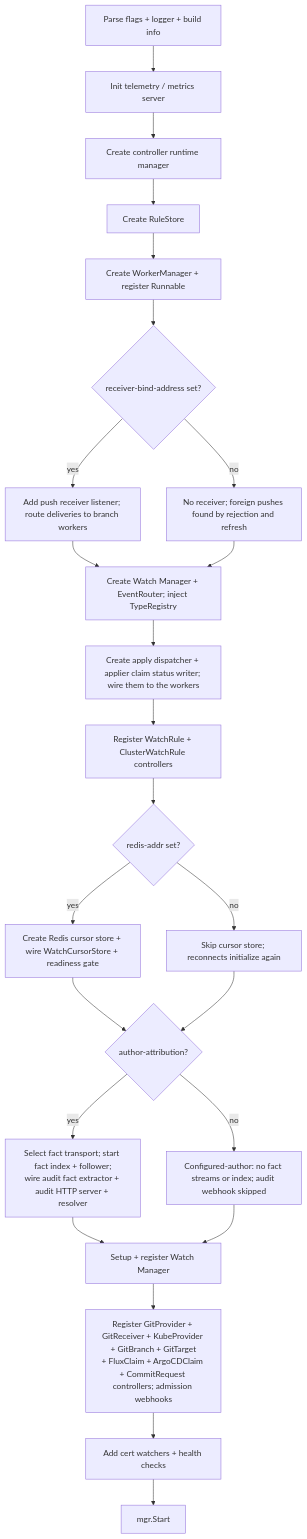
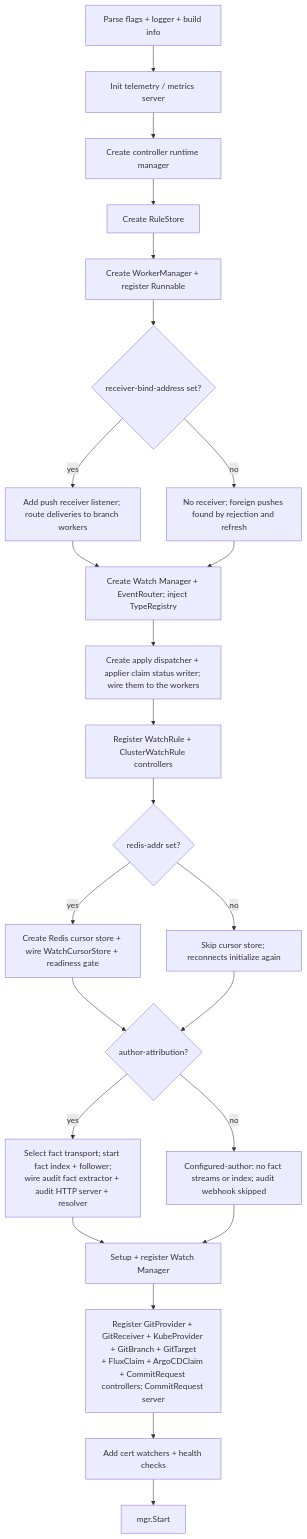
Before and after one commit to ConfigButler/gitops-reverser: the sixth of 6 diagrams in docs/architecture.md, drawn with Mermaid. The commit also changed other lines of this file and 168 other files, not shown here.

First line of the commit message:
feat!: one CommitRequest for the control cluster and source clusters, the applier's catch-up after saves, and late applier writes kept in the apply window (#456)

````diff
--- a/docs/architecture.md
+++ b/docs/architecture.md
@@ -1849,26 +1857,26 @@
 ```mermaid
 flowchart TD
     A[Parse flags + logger + build info] --> B[Init telemetry / metrics server]
     B --> C[Create controller runtime manager]
     C --> D[Create RuleStore]
     D --> E[Create WorkerManager + register Runnable]
     E --> R{receiver-bind-address set?}
     R -->|yes| Ri[Add push receiver listener; route deliveries to branch workers]
     R -->|no| Rj[No receiver; foreign pushes found by rejection and refresh]
     Ri --> F
     Rj --> F
     F[Create Watch Manager + EventRouter; inject TypeRegistry] --> P[Create apply dispatcher + applier claim status writer; wire them to the workers]
     P --> G[Register WatchRule + ClusterWatchRule controllers]
     G --> H{redis-addr set?}
     H -->|yes| Hi[Create Redis cursor store + wire WatchCursorStore + readiness gate]
     H -->|no| Hj[Skip cursor store; reconnects initialize again]
     Hi --> Hq{author-attribution?}
     Hj --> Hq
     Hq -->|yes| I[Select fact transport; start fact index + follower;<br/>wire audit fact extractor + audit HTTP server + resolver]
     Hq -->|no| J[Configured-author: no fact streams or index; audit webhook skipped]
     I --> K[Setup + register Watch Manager]
     J --> K
-    K --> L[Register GitProvider + GitReceiver + KubeProvider + GitBranch + GitTarget<br/>+ FluxClaim + ArgoCDClaim + CommitRequest controllers; admission webhooks]
+    K --> L[Register GitProvider + GitReceiver + KubeProvider + GitBranch + GitTarget<br/>+ FluxClaim + ArgoCDClaim + CommitRequest controllers; CommitRequest server]
     L --> M[Add cert watchers + health checks]
     M --> N[mgr.Start]
 ```
````
